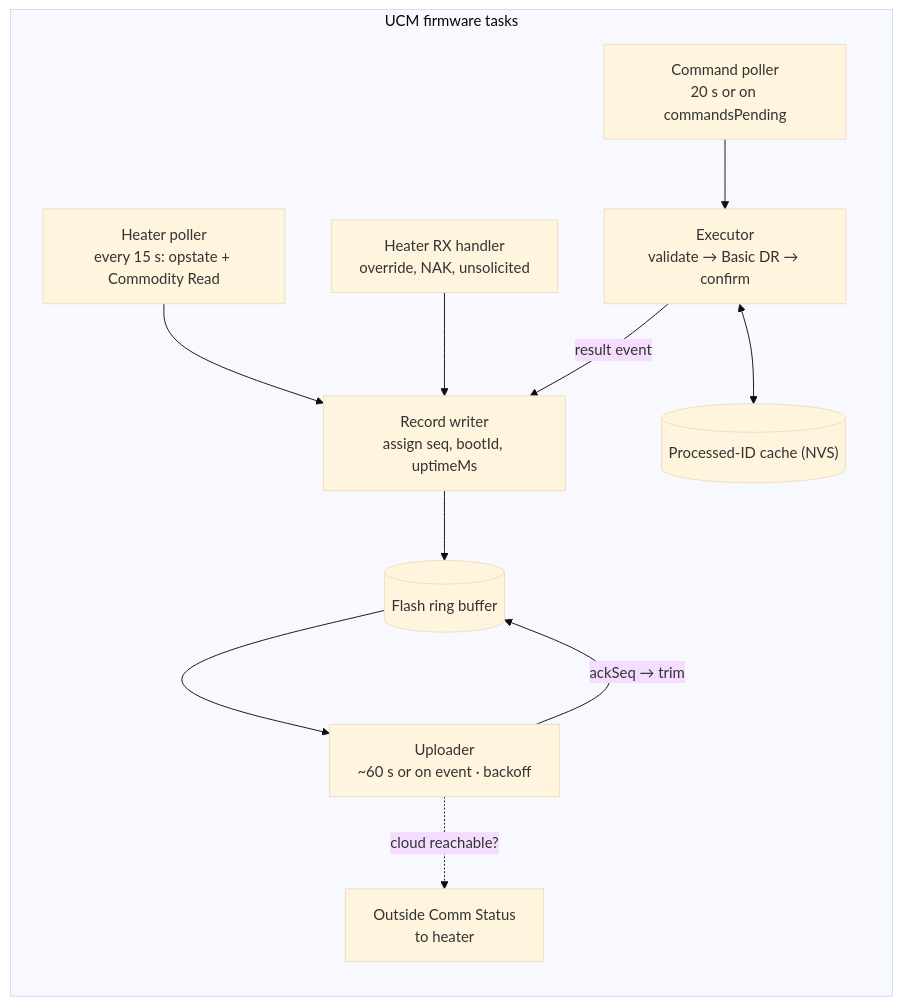
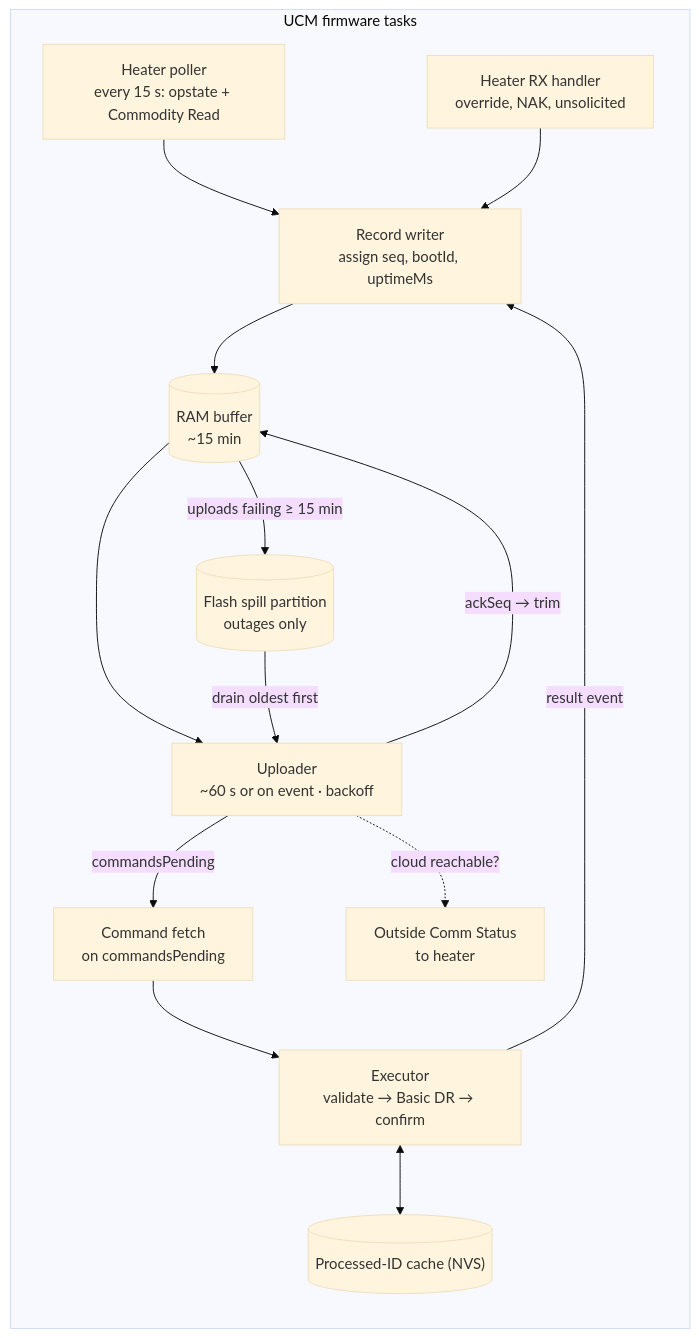
The fourth of 5 diagrams in docs/architecture.md (jrowe88/ecoport-bridge), drawn with Mermaid (base theme) before and after one commit. The commit also changed other lines of this file and 33 other files, not shown here.

First line of the commit message:
Switch firmware to Rust on ESP-IDF; update architecture plan

````diff
--- a/docs/architecture.md
+++ b/docs/architecture.md
@@ -276,23 +288,27 @@
 ```mermaid
 flowchart TB
     subgraph FW["UCM firmware tasks"]
         direction TB
         POLLH["Heater poller<br/>every 15 s: opstate + Commodity Read"]
         RX["Heater RX handler<br/>override, NAK, unsolicited"]
         REC["Record writer<br/>assign seq, bootId, uptimeMs"]
-        RING[("Flash ring buffer")]
+        RING[("RAM buffer<br/>~15 min")]
+        SPILL[("Flash spill partition<br/>outages only")]
         UPL["Uploader<br/>~60 s or on event · backoff"]
-        CP["Command poller<br/>20 s or on commandsPending"]
+        CP["Command fetch<br/>on commandsPending"]
         EXE["Executor<br/>validate → Basic DR → confirm"]
         CACHE[("Processed-ID cache (NVS)")]
         OCS["Outside Comm Status<br/>to heater"]
     end
     POLLH --> REC
     RX --> REC
     REC --> RING --> UPL
+    RING -->|"uploads failing ≥ 15 min"| SPILL
+    SPILL -->|"drain oldest first"| UPL
     UPL -->|"ackSeq → trim"| RING
+    UPL -->|"commandsPending"| CP
     CP --> EXE
     EXE <--> CACHE
     EXE -->|"result event"| REC
     UPL -. "cloud reachable?" .-> OCS
 ```
````
